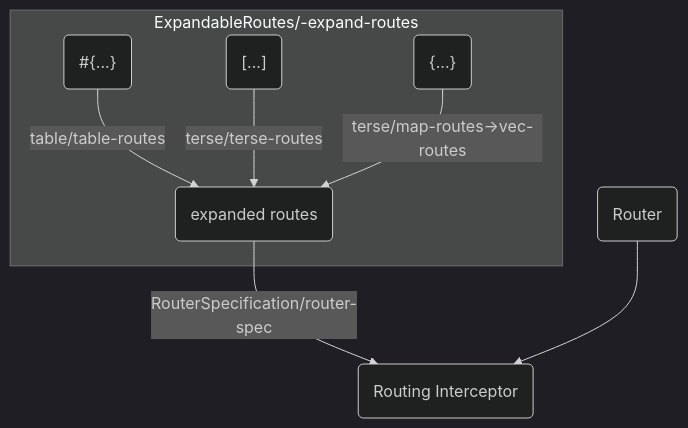
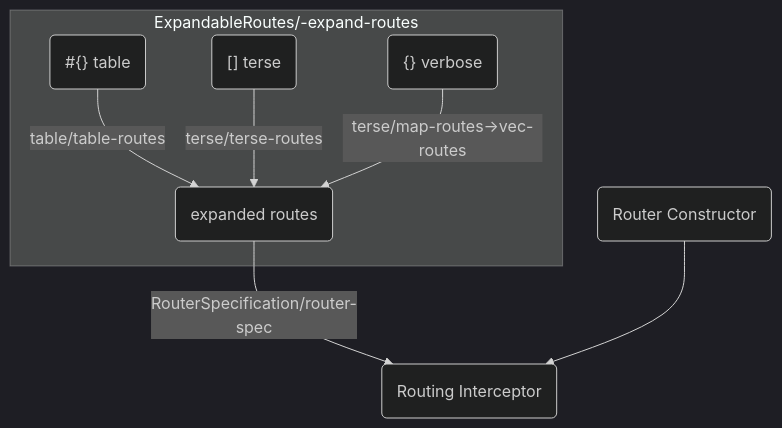
One commit to pedestal/pedestal changed the diagram in docs/modules/reference/pages/routing-quick-reference.adoc. Above: the diagram before and after it, drawn with Mermaid (dark theme). The commit also changed other lines of this file, not shown here.

Commit message:
Improve router discussion and diagram

```diff
--- a/docs/modules/reference/pages/routing-quick-reference.adoc
+++ b/docs/modules/reference/pages/routing-quick-reference.adoc
@@ -18,12 +18,12 @@
 [mermaid]
 ....
 flowchart
   subgraph ExpandableRoutes/-expand-routes
-  table("#{...}")-->|table/table-routes|expanded
-  terse("[...]")-->|terse/terse-routes|expanded
-  map("{...}")-->|terse/map-routes->vec-routes|expanded
+  table("#{} table")-->|table/table-routes|expanded
+  terse("[] terse")-->|terse/terse-routes|expanded
+  map("{} verbose")-->|terse/map-routes->vec-routes|expanded
   end
   expanded(expanded routes)-->|RouterSpecification/router-spec|inter
-  cons(Router)-->inter
+  cons(Router Constructor)-->inter
   inter(Routing Interceptor)
 ....
```
